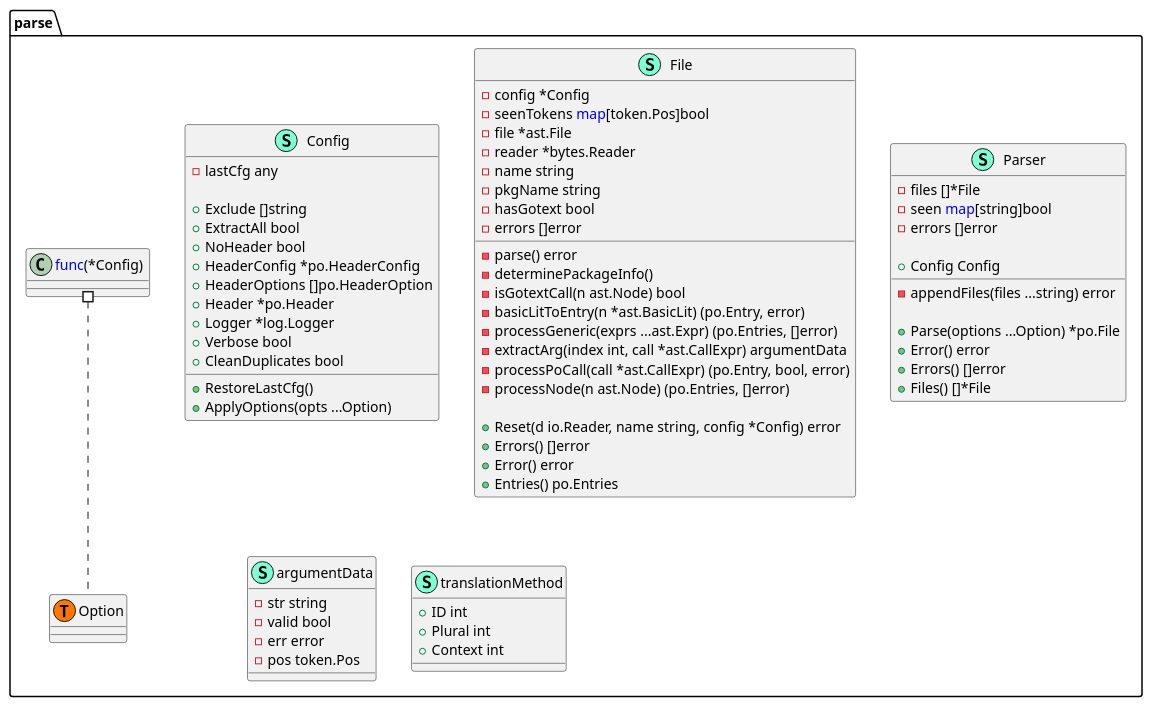
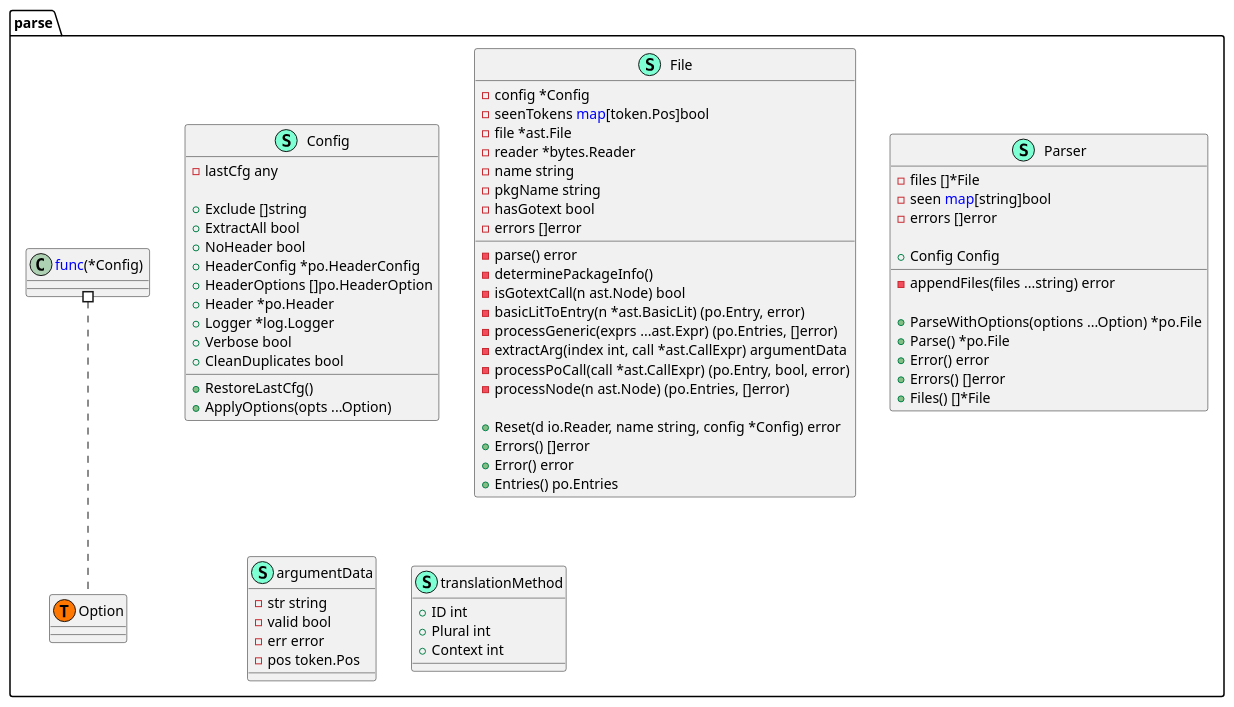
The diagram in pkg/go/parse/structure.puml (Tom5521/gotext-tools), drawn with PlantUML before and after one commit. The commit also changed 8 other files, not shown here.

Commit message:
docs: Update UML files

```diff
--- a/pkg/go/parse/structure.puml
+++ b/pkg/go/parse/structure.puml
@@ -1,79 +1,80 @@
 @startuml
 namespace parse {
     class Config << (S,Aquamarine) >> {
         - lastCfg any
 
         + Exclude []string
         + ExtractAll bool
         + NoHeader bool
         + HeaderConfig *po.HeaderConfig
         + HeaderOptions []po.HeaderOption
         + Header *po.Header
         + Logger *log.Logger
         + Verbose bool
         + CleanDuplicates bool
 
         + RestoreLastCfg() 
         + ApplyOptions(opts ...Option) 
 
     }
     class File << (S,Aquamarine) >> {
         - config *Config
         - seenTokens <font color=blue>map</font>[token.Pos]bool
         - file *ast.File
         - reader *bytes.Reader
         - name string
         - pkgName string
         - hasGotext bool
         - errors []error
 
         - parse() error
         - determinePackageInfo() 
         - isGotextCall(n ast.Node) bool
         - basicLitToEntry(n *ast.BasicLit) (po.Entry, error)
         - processGeneric(exprs ...ast.Expr) (po.Entries, []error)
         - extractArg(index int, call *ast.CallExpr) argumentData
         - processPoCall(call *ast.CallExpr) (po.Entry, bool, error)
         - processNode(n ast.Node) (po.Entries, []error)
 
         + Reset(d io.Reader, name string, config *Config) error
         + Errors() []error
         + Error() error
         + Entries() po.Entries
 
     }
     class Parser << (S,Aquamarine) >> {
         - files []*File
         - seen <font color=blue>map</font>[string]bool
         - errors []error
 
         + Config Config
 
         - appendFiles(files ...string) error
 
-        + Parse(options ...Option) *po.File
+        + ParseWithOptions(options ...Option) *po.File
+        + Parse() *po.File
         + Error() error
         + Errors() []error
         + Files() []*File
 
     }
     class argumentData << (S,Aquamarine) >> {
         - str string
         - valid bool
         - err error
         - pos token.Pos
 
     }
     class parse.Option << (T, #FF7700) >>  {
     }
     class translationMethod << (S,Aquamarine) >> {
         + ID int
         + Plural int
         + Context int
 
     }
 }
 
 
 "parse.<font color=blue>func</font>(*Config) " #.. "parse.Option"
 @enduml
```
